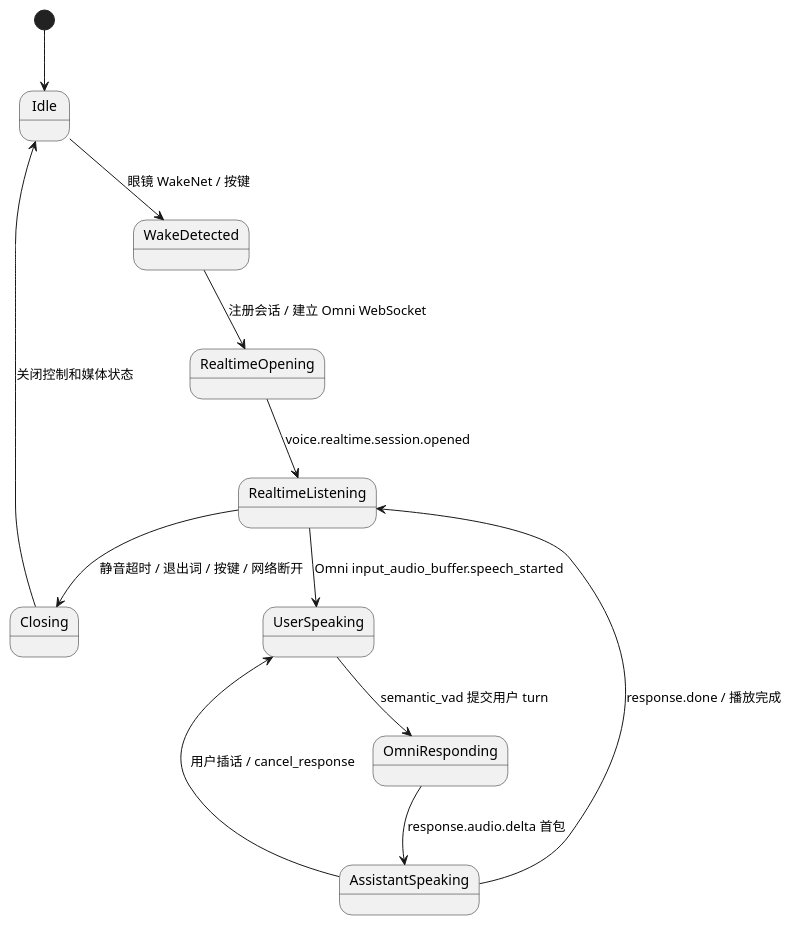
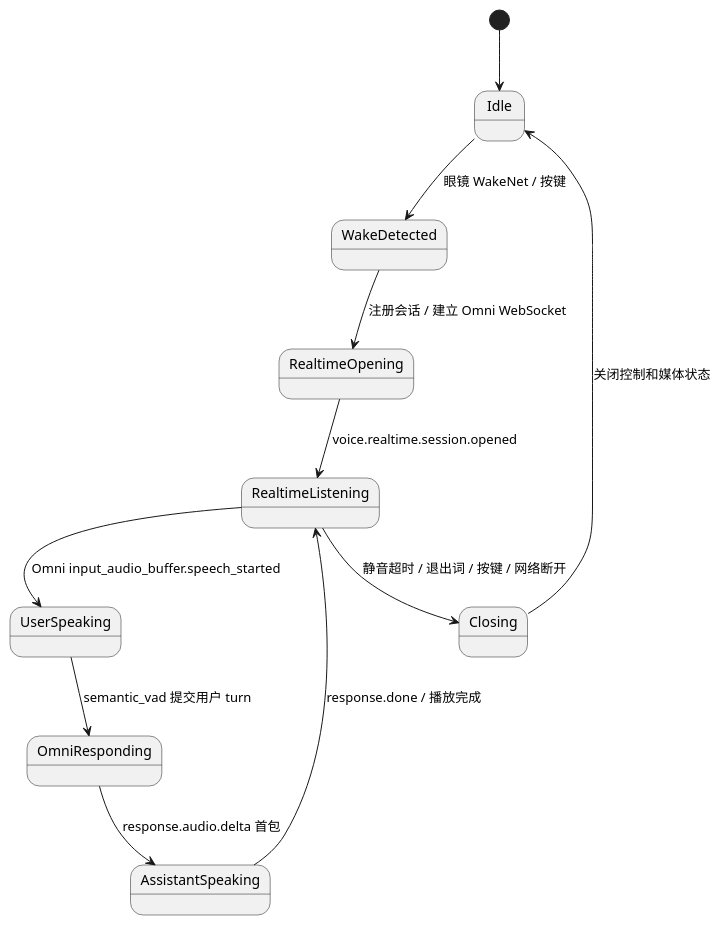
The first of 2 diagrams in openaiglass-sdk/docs/structure-design/Omni语义实时连续对话设计.md (HengeLiu/RealtimeAgent), drawn with PlantUML before and after one commit. The commit also changed other lines of this file and 3 other files, not shown here.

````diff
--- a/openaiglass-sdk/docs/structure-design/Omni语义实时连续对话设计.md
+++ b/openaiglass-sdk/docs/structure-design/Omni语义实时连续对话设计.md
@@ -35,18 +35,17 @@
 ```plantuml
 @startuml
 skinparam monochrome true
 
 [*] --> Idle
 Idle --> WakeDetected : 眼镜 WakeNet / 按键
 WakeDetected --> RealtimeOpening : 注册会话 / 建立 Omni WebSocket
 RealtimeOpening --> RealtimeListening : voice.realtime.session.opened
 RealtimeListening --> UserSpeaking : Omni input_audio_buffer.speech_started
 UserSpeaking --> OmniResponding : semantic_vad 提交用户 turn
 OmniResponding --> AssistantSpeaking : response.audio.delta 首包
 AssistantSpeaking --> RealtimeListening : response.done / 播放完成
-AssistantSpeaking --> UserSpeaking : 用户插话 / cancel_response
 RealtimeListening --> Closing : 静音超时 / 退出词 / 按键 / 网络断开
 Closing --> Idle : 关闭控制和媒体状态
 
 @enduml
 ```
````
